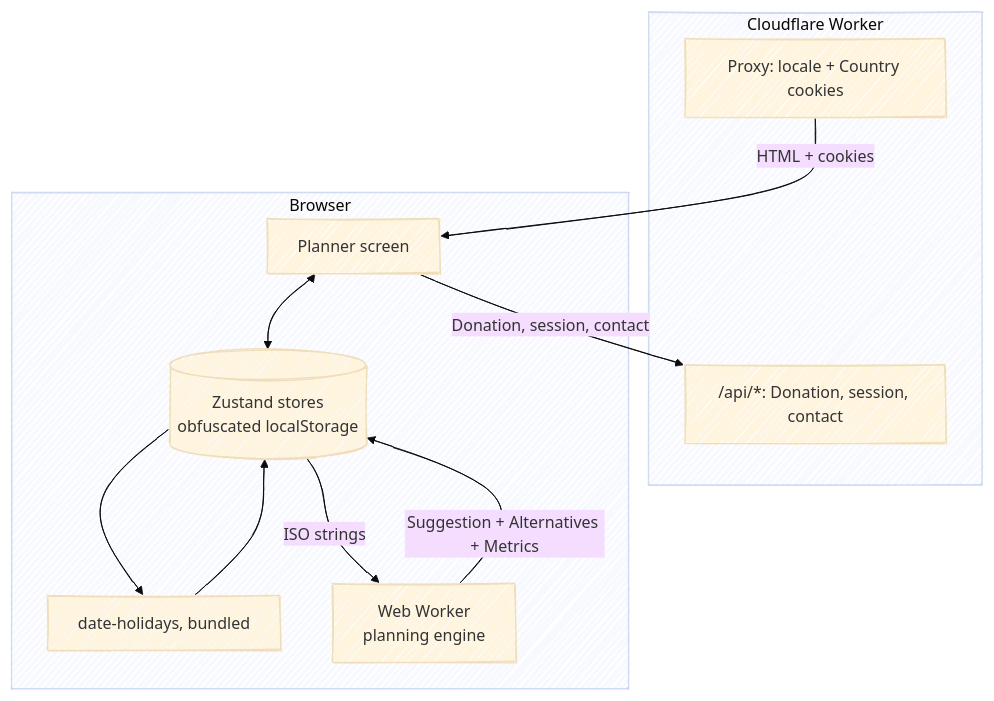
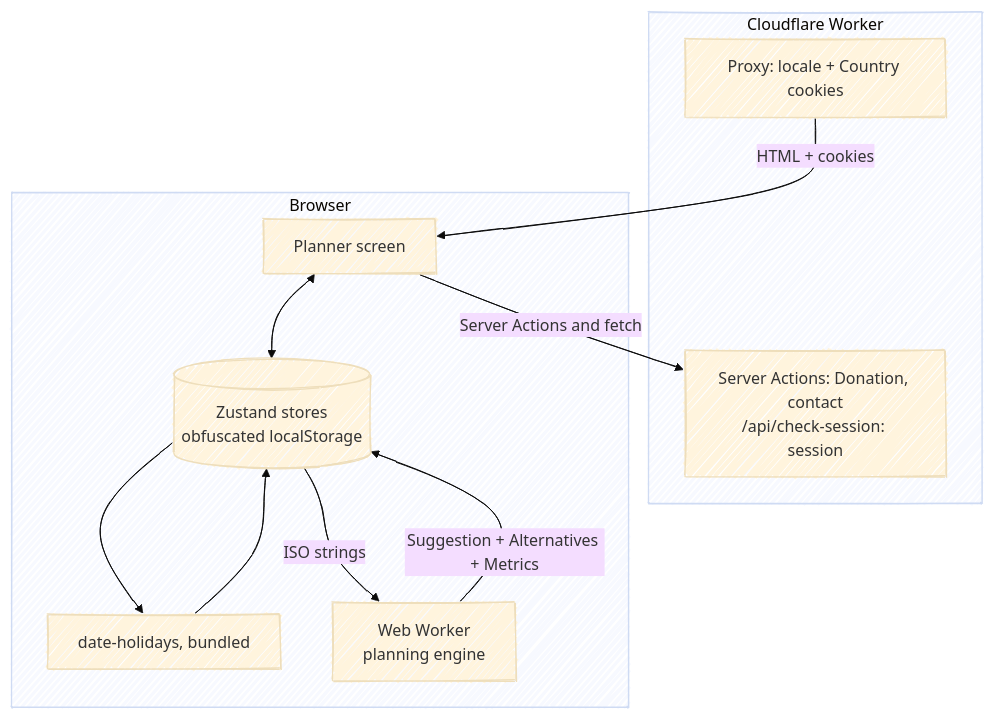
Before and after one commit to fbuireu/forever-pto: the diagram in apps/docs/src/content/docs/index.mdx, drawn with Mermaid (base theme). The commit also changed 21 other files, not shown here.

````diff
--- a/apps/docs/src/content/docs/index.mdx
+++ b/apps/docs/src/content/docs/index.mdx
@@ -27,23 +27,23 @@
 ```mermaid
 ---
 config:
   look: handDrawn
   layout: dagre
 ---
 flowchart TB
   subgraph edge [Cloudflare Worker]
-    PX[Proxy: locale + Country cookies]
-    API["/api/*: Donation, session, contact"]
+    PX["Proxy: locale + Country cookies"]
+    API["Server Actions: Donation, contact<br/>/api/check-session: session"]
   end
   subgraph browser [Browser]
     ST[(Zustand stores<br/>obfuscated localStorage)]
     HOL[date-holidays, bundled]
     UI[Planner screen]
     WK[Web Worker<br/>planning engine]
   end
   PX -->|HTML + cookies| UI
   UI <--> ST
   ST --> HOL --> ST
   ST -->|ISO strings| WK -->|Suggestion + Alternatives + Metrics| ST
-  UI -->|Donation, session, contact| API
+  UI -->|Server Actions and fetch| API
 ```
````
